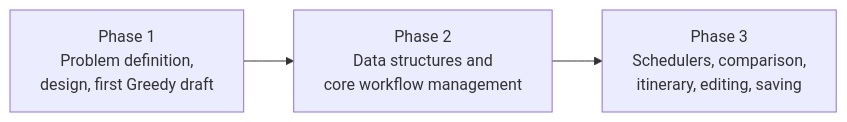
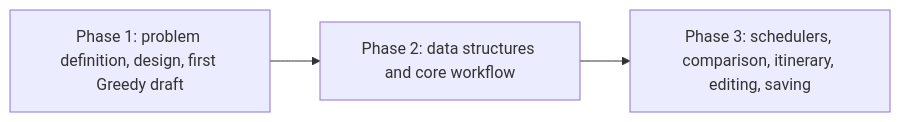
The first of 4 diagrams in README.md (AkhilSemwal/PBL), drawn with Mermaid before and after one commit. The commit also changed other lines of this file, not shown here.

````diff
--- a/README.md
+++ b/README.md
@@ -209,5 +209,5 @@
 ```mermaid
-flowchart LR
-    P1["Phase 1<br/>Problem definition,<br/>design, first Greedy draft"] --> P2["Phase 2<br/>Data structures and<br/>core workflow management"]
-    P2 --> P3["Phase 3<br/>Schedulers, comparison,<br/>itinerary, editing, saving"]
+graph LR
+    P1["Phase 1: problem definition, design, first Greedy draft"] --> P2["Phase 2: data structures and core workflow"]
+    P2 --> P3["Phase 3: schedulers, comparison, itinerary, editing, saving"]
 ```
````
